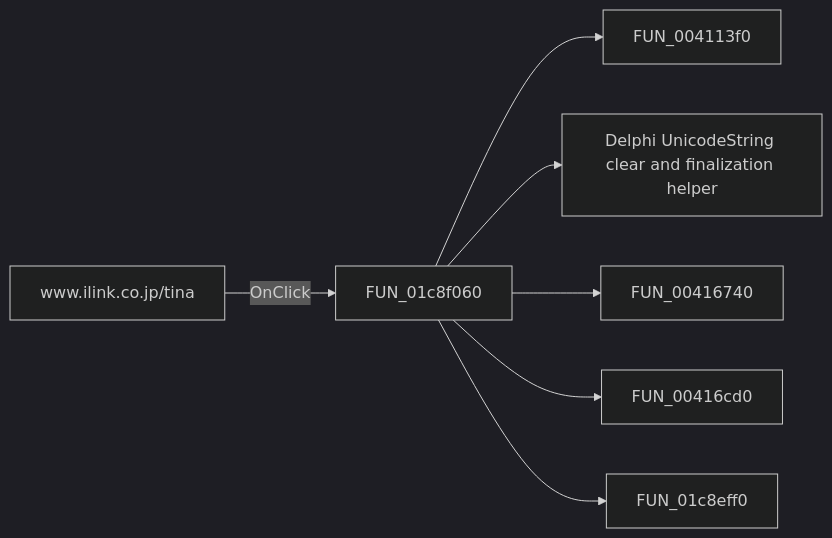
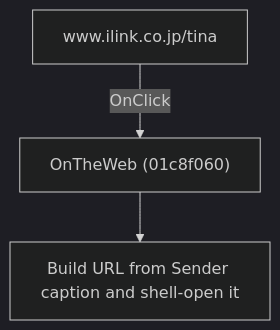
The diagram in docs/ui-controls/schematiceditor/wwwilinkcojptina-b84a3fbdd6.md (MovGP0/TIARA), drawn with Mermaid (dark theme) before and after one commit. The commit also changed other lines of this file and 1062 other files, not shown here.

````diff
--- a/docs/ui-controls/schematiceditor/wwwilinkcojptina-b84a3fbdd6.md
+++ b/docs/ui-controls/schematiceditor/wwwilinkcojptina-b84a3fbdd6.md
@@ -27,9 +27,5 @@
 ```mermaid
-flowchart LR
-    control["www.ilink.co.jp/tina"] -->|OnClick| handler["FUN_01c8f060"]
-    handler --> call1["FUN_004113f0"]
-    handler --> call2["Delphi UnicodeString clear and finalization helper"]
-    handler --> call3["FUN_00416740"]
-    handler --> call4["FUN_00416cd0"]
-    handler --> call5["FUN_01c8eff0"]
+flowchart TD
+    control["www.ilink.co.jp/tina"] -->|"OnClick"| handler["OnTheWeb (01c8f060)"]
+    handler --> action["Build URL from Sender caption and shell-open it"]
 ```
````
